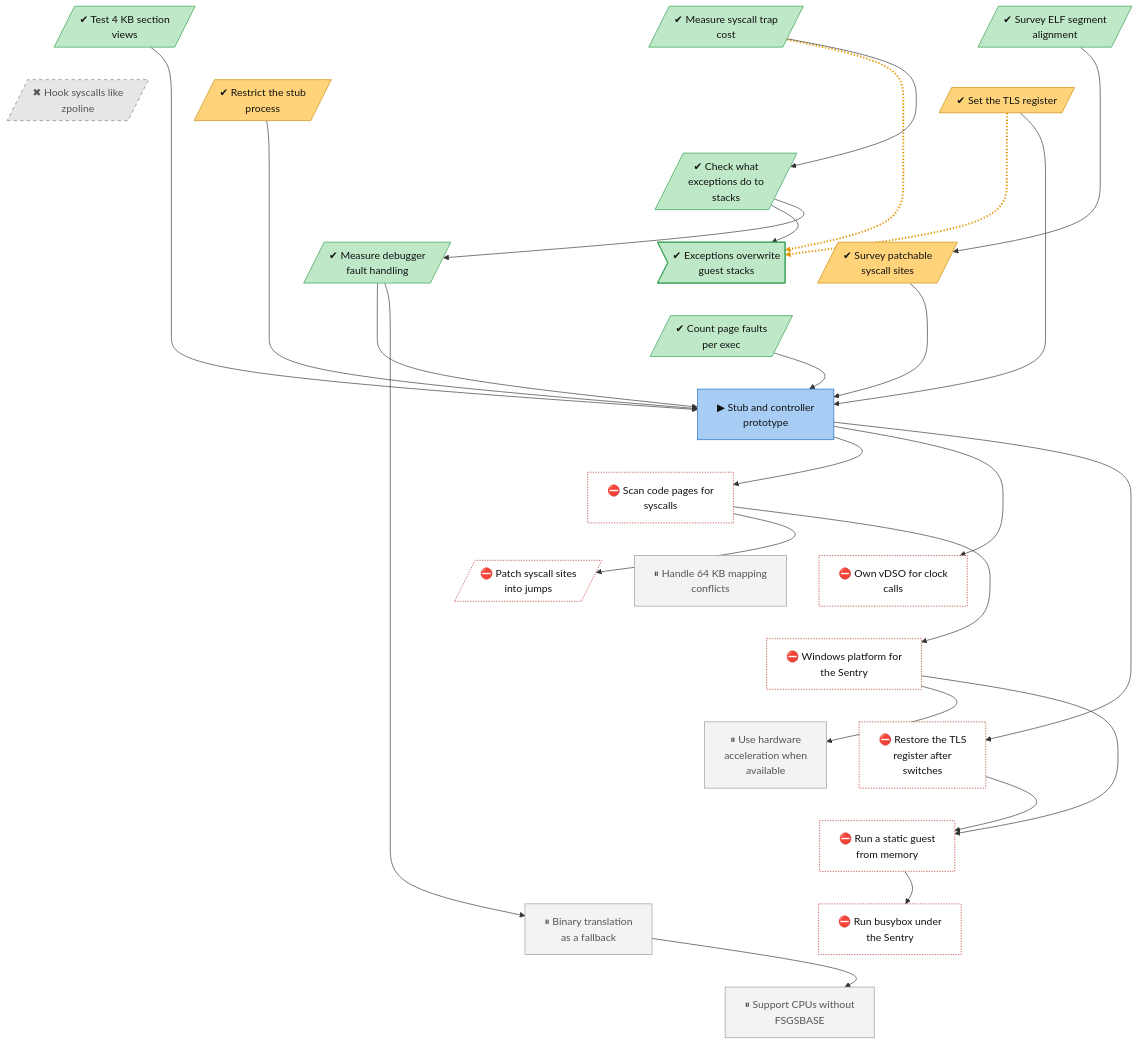
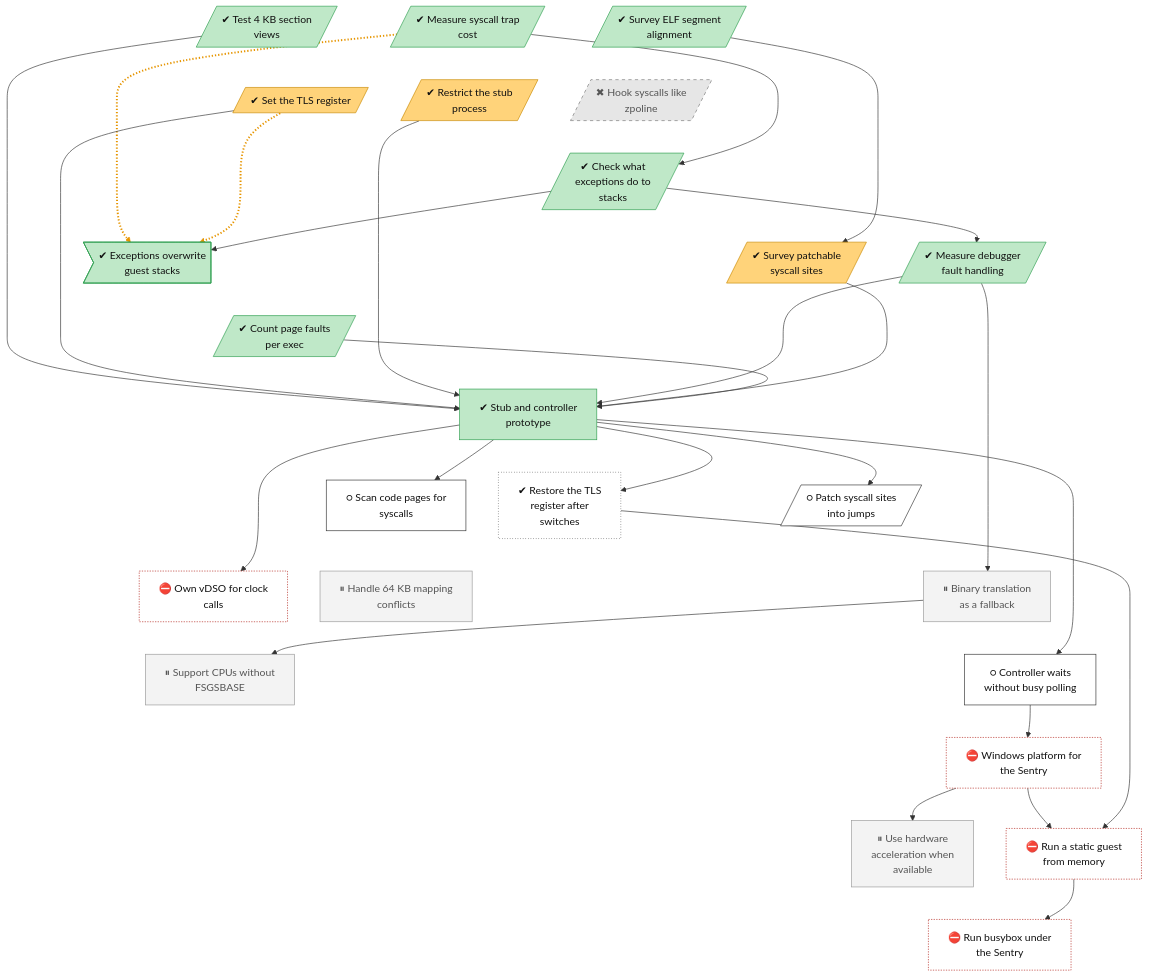
Before and after one commit to lhns/gvisor-windows: the diagram in docs/roadmap/tracks/platform.md, drawn with Mermaid. The commit also changed other lines of this file and 4 other files, not shown here.

First line of the commit message:
Rate the stub prototype and queue its follow-ups

````diff
--- a/docs/roadmap/tracks/platform.md
+++ b/docs/roadmap/tracks/platform.md
@@ -20,18 +20,19 @@
     platform_debug_event_cost[/"✔ Measure debugger<br/>fault handling"/]
     platform_syscall_site_survey[/"✔ Survey patchable<br/>syscall sites"/]
     platform_faults_per_exec[/"✔ Count page faults<br/>per exec"/]
-    platform_stub_controller["▶ Stub and controller<br/>prototype"]
-    platform_page_verification["⛔ Scan code pages for<br/>syscalls"]
-    platform_syscall_fast_path[/"⛔ Patch syscall sites<br/>into jumps"/]
+    platform_stub_controller["✔ Stub and controller<br/>prototype"]
+    platform_fs_base_repair["✔ Restore the TLS<br/>register after<br/>switches"]
+    platform_page_verification["○ Scan code pages for<br/>syscalls"]
+    platform_syscall_fast_path[/"○ Patch syscall sites<br/>into jumps"/]
     platform_own_vdso["⛔ Own vDSO for clock<br/>calls"]
     platform_64k_mapping_conflicts["⏸ Handle 64 KB mapping<br/>conflicts"]
+    platform_binary_translation_fallback["⏸ Binary translation<br/>as a fallback"]
+    platform_no_fsgsbase_fallback["⏸ Support CPUs without<br/>FSGSBASE"]
+    platform_controller_wakeups["○ Controller waits<br/>without busy polling"]
     platform_winstub["⛔ Windows platform for<br/>the Sentry"]
     platform_hardware_acceleration["⏸ Use hardware<br/>acceleration when<br/>available"]
-    platform_fs_base_repair["⛔ Restore the TLS<br/>register after<br/>switches"]
     platform_static_guest_from_memory["⛔ Run a static guest<br/>from memory"]
     platform_busybox_on_windows["⛔ Run busybox under<br/>the Sentry"]
-    platform_binary_translation_fallback["⏸ Binary translation<br/>as a fallback"]
-    platform_no_fsgsbase_fallback["⏸ Support CPUs without<br/>FSGSBASE"]
     platform_elf_alignment_survey ~~~ platform_tls_register
     platform_trap_cost ~~~ platform_restricted_stub
     platform_4k_section_views ~~~ platform_zpoline_hooks
@@ -45,21 +46,21 @@
     platform_debug_event_cost ~~~ platform_faults_per_exec
     platform_syscall_site_survey ~~~ platform_faults_per_exec
     platform_faults_per_exec ~~~ platform_stub_controller
+    platform_stub_controller ~~~ platform_fs_base_repair
     platform_stub_controller ~~~ platform_page_verification
-    platform_page_verification ~~~ platform_syscall_fast_path
-    platform_page_verification ~~~ platform_own_vdso
+    platform_stub_controller ~~~ platform_syscall_fast_path
+    platform_fs_base_repair ~~~ platform_own_vdso
     platform_page_verification ~~~ platform_64k_mapping_conflicts
-    platform_syscall_fast_path ~~~ platform_winstub
-    platform_own_vdso ~~~ platform_winstub
-    platform_64k_mapping_conflicts ~~~ platform_winstub
+    platform_syscall_fast_path ~~~ platform_binary_translation_fallback
+    platform_own_vdso ~~~ platform_no_fsgsbase_fallback
+    platform_64k_mapping_conflicts ~~~ platform_controller_wakeups
+    platform_binary_translation_fallback ~~~ platform_controller_wakeups
+    platform_no_fsgsbase_fallback ~~~ platform_winstub
+    platform_controller_wakeups ~~~ platform_winstub
     platform_winstub ~~~ platform_hardware_acceleration
-    platform_winstub ~~~ platform_fs_base_repair
-    platform_hardware_acceleration ~~~ platform_static_guest_from_memory
-    platform_fs_base_repair ~~~ platform_static_guest_from_memory
+    platform_winstub ~~~ platform_static_guest_from_memory
+    platform_hardware_acceleration ~~~ platform_busybox_on_windows
     platform_static_guest_from_memory ~~~ platform_busybox_on_windows
-    platform_static_guest_from_memory ~~~ platform_binary_translation_fallback
-    platform_busybox_on_windows ~~~ platform_no_fsgsbase_fallback
-    platform_binary_translation_fallback ~~~ platform_no_fsgsbase_fallback
     platform_trap_cost -.-> platform_veh_on_guest_stack_unsafe
     platform_tls_register -.-> platform_veh_on_guest_stack_unsafe
     platform_trap_cost --> platform_exception_stack
@@ -72,17 +73,18 @@
     platform_debug_event_cost --> platform_stub_controller
     platform_syscall_site_survey --> platform_stub_controller
     platform_faults_per_exec --> platform_stub_controller
+    platform_stub_controller --> platform_fs_base_repair
     platform_stub_controller --> platform_page_verification
-    platform_page_verification --> platform_syscall_fast_path
+    platform_stub_controller --> platform_syscall_fast_path
     platform_stub_controller --> platform_own_vdso
-    platform_page_verification --> platform_winstub
+    platform_debug_event_cost --> platform_binary_translation_fallback
+    platform_binary_translation_fallback --> platform_no_fsgsbase_fallback
+    platform_stub_controller --> platform_controller_wakeups
+    platform_controller_wakeups --> platform_winstub
     platform_winstub --> platform_hardware_acceleration
-    platform_stub_controller --> platform_fs_base_repair
     platform_winstub --> platform_static_guest_from_memory
     platform_fs_base_repair --> platform_static_guest_from_memory
     platform_static_guest_from_memory --> platform_busybox_on_windows
-    platform_debug_event_cost --> platform_binary_translation_fallback
-    platform_binary_translation_fallback --> platform_no_fsgsbase_fallback
     linkStyle 28,29 stroke:#e69500,stroke-width:3px,stroke-dasharray:2 3
     classDef vsucc fill:#2e9e4f,stroke:#1b6b34,color:#fff
     classDef succ fill:#bfe8c8,stroke:#2e9e4f,color:#111
@@ -98,10 +100,11 @@
     classDef decided fill:#ece0f7,stroke:#7b3fb5,stroke-dasharray:2 2,color:#111
     classDef finding fill:#ffe0b2,stroke:#d84315,stroke-width:2px,color:#111
     classDef waiting fill:#e3f2fd,stroke:#1f6fc5,stroke-dasharray:5 5,color:#111
-    class platform_elf_alignment_survey,platform_trap_cost,platform_4k_section_views,platform_exception_stack,platform_veh_on_guest_stack_unsafe,platform_debug_event_cost,platform_faults_per_exec succ
+    class platform_elf_alignment_survey,platform_trap_cost,platform_4k_section_views,platform_exception_stack,platform_veh_on_guest_stack_unsafe,platform_debug_event_cost,platform_faults_per_exec,platform_stub_controller succ
     class platform_tls_register,platform_restricted_stub,platform_syscall_site_survey mixed
     class platform_zpoline_hooks dead
-    class platform_stub_controller inprog
-    class platform_page_verification,platform_syscall_fast_path,platform_own_vdso,platform_winstub,platform_fs_base_repair,platform_static_guest_from_memory,platform_busybox_on_windows blocked
-    class platform_64k_mapping_conflicts,platform_hardware_acceleration,platform_binary_translation_fallback,platform_no_fsgsbase_fallback parked
+    class platform_fs_base_repair unrated
+    class platform_page_verification,platform_syscall_fast_path,platform_controller_wakeups next
+    class platform_own_vdso,platform_winstub,platform_static_guest_from_memory,platform_busybox_on_windows blocked
+    class platform_64k_mapping_conflicts,platform_binary_translation_fallback,platform_no_fsgsbase_fallback,platform_hardware_acceleration parked
 ```
````
